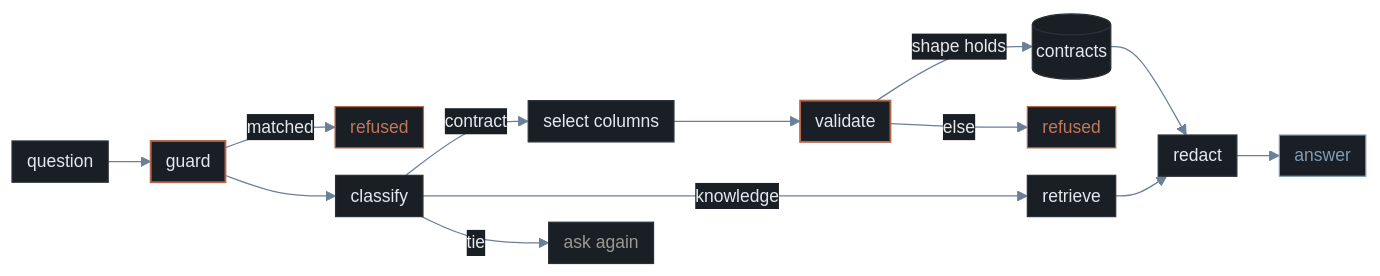
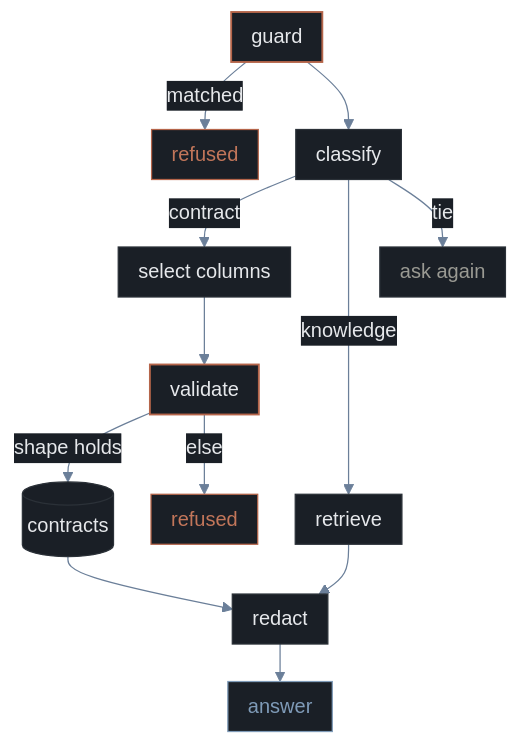
The diagram in README.md (jameswniu/multi-intent-ai-chatbot-assistant), drawn with Mermaid before and after one commit.

Commit message:
Lay the flowchart out top to bottom at its own size so GitHub stops scaling it down

````diff
--- a/README.md
+++ b/README.md
@@ -133,22 +133,21 @@
 ```mermaid
-%%{init: {'theme': 'base', 'flowchart': {'curve': 'basis', 'nodeSpacing': 22, 'rankSpacing': 34, 'padding': 6}, 'themeVariables': {'primaryColor': '#1a1f26', 'primaryTextColor': '#e6e8eb', 'primaryBorderColor': '#2b3138', 'lineColor': '#6b7f99', 'textColor': '#c3c8ce', 'edgeLabelBackground': '#1a1f26', 'fontSize': '14px'}}}%%
-flowchart LR
-    Q[question] --> G[guard]
-    G -->|matched| R1[refused]
+%%{init: {'theme': 'base', 'flowchart': {'curve': 'basis', 'nodeSpacing': 30, 'rankSpacing': 30, 'padding': 8}, 'themeVariables': {'primaryColor': '#1a1f26', 'primaryTextColor': '#e6e8eb', 'primaryBorderColor': '#2b3138', 'lineColor': '#6b7f99', 'textColor': '#c3c8ce', 'edgeLabelBackground': '#1a1f26', 'fontSize': '16px'}}}%%
+flowchart TD
+    G[guard] -->|matched| R1[refused]
     G --> C[classify]
     C -->|contract| S[select columns]
     C -->|knowledge| F[retrieve]
     C -->|tie| A[ask again]
     S --> V[validate]
     V -->|shape holds| D[(contracts)]
     V -->|else| R2[refused]
     D --> P[redact]
     F --> P
     P --> O[answer]
     style G stroke:#b5654a,stroke-width:1.5px
     style V stroke:#b5654a,stroke-width:1.5px
     style R1 stroke:#b5654a,color:#c2765a
     style R2 stroke:#b5654a,color:#c2765a
     style A color:#9a9a93
     style O stroke:#7f9bb8,color:#7f9bb8
 ```
````
